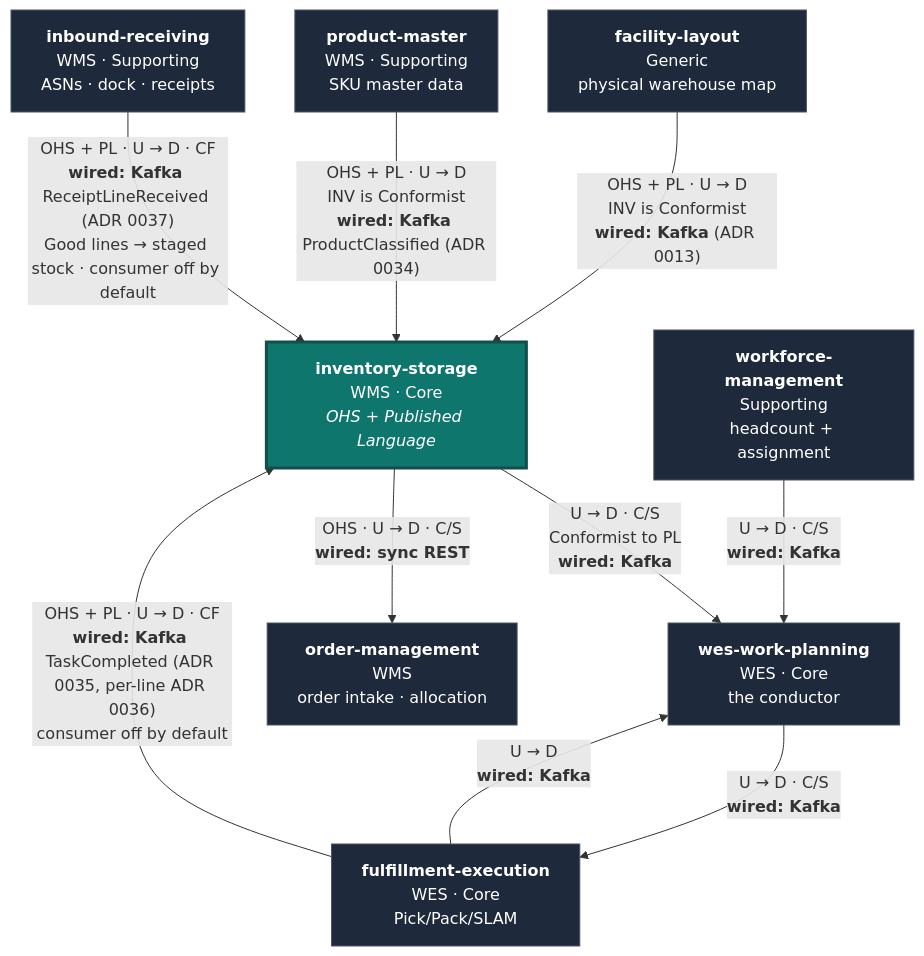
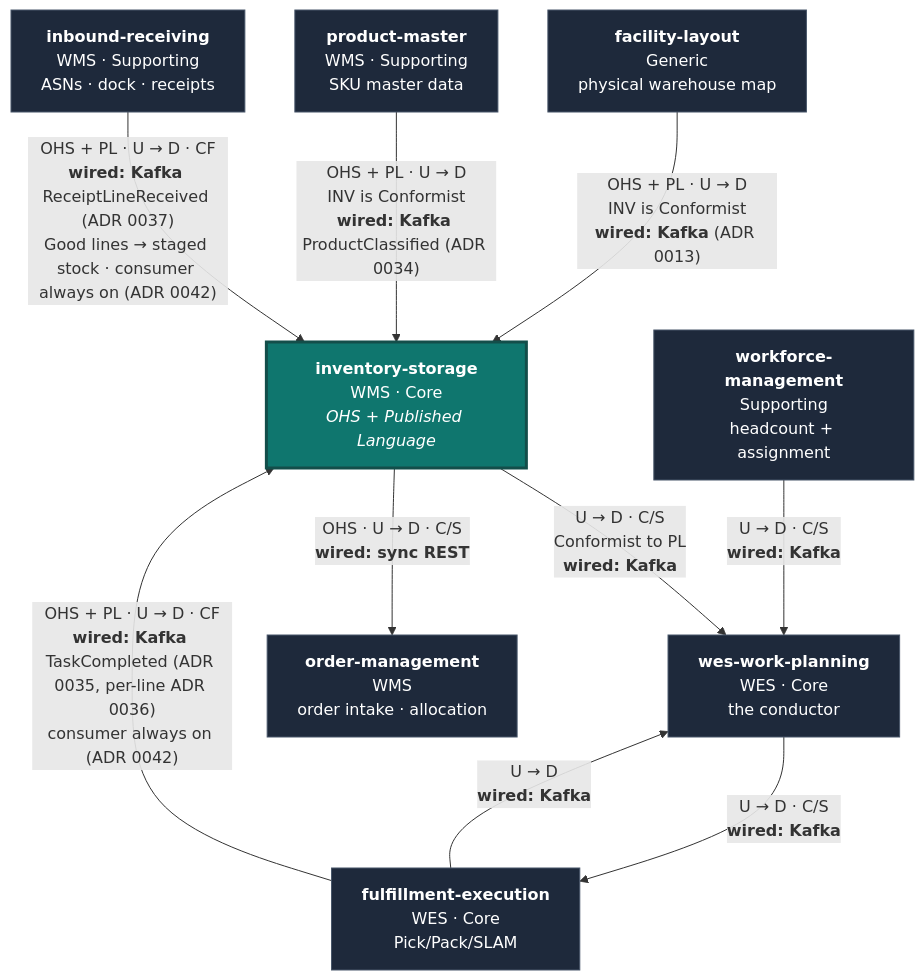
The diagram in docs/docs/ddd/context-relationships.md (IQVO/inventory-storage), drawn with Mermaid before and after one commit. The commit also changed other lines of this file and 9 other files, not shown here.

````diff
--- a/docs/docs/ddd/context-relationships.md
+++ b/docs/docs/ddd/context-relationships.md
@@ -52,27 +52,27 @@
 ```mermaid
 flowchart TB
     INV["<b>inventory-storage</b><br/>WMS · Core<br/><i>OHS + Published Language</i>"]
     WP["<b>wes-work-planning</b><br/>WES · Core<br/>the conductor"]
     FE["<b>fulfillment-execution</b><br/>WES · Core<br/>Pick/Pack/SLAM"]
     WM["<b>workforce-management</b><br/>Supporting<br/>headcount + assignment"]
     FL["<b>facility-layout</b><br/>Generic<br/>physical warehouse map"]
     OM["<b>order-management</b><br/>WMS<br/>order intake · allocation"]
     PM["<b>product-master</b><br/>WMS · Supporting<br/>SKU master data"]
     IR["<b>inbound-receiving</b><br/>WMS · Supporting<br/>ASNs · dock · receipts"]
 
     INV -->|"U → D · C/S<br/>Conformist to PL<br/><b>wired: Kafka</b>"| WP
     WM -->|"U → D · C/S<br/><b>wired: Kafka</b>"| WP
     WP -->|"U → D · C/S<br/><b>wired: Kafka</b>"| FE
     FE -->|"U → D<br/><b>wired: Kafka</b>"| WP
     FL -->|"OHS + PL · U → D<br/>INV is Conformist<br/><b>wired: Kafka</b> (ADR 0013)"| INV
     PM -->|"OHS + PL · U → D<br/>INV is Conformist<br/><b>wired: Kafka</b> ProductClassified (ADR 0034)"| INV
     INV -->|"OHS · U → D · C/S<br/><b>wired: sync REST</b>"| OM
-    FE -->|"OHS + PL · U → D · CF<br/><b>wired: Kafka</b> TaskCompleted (ADR 0035, per-line ADR 0036)<br/>consumer off by default"| INV
-    IR -->|"OHS + PL · U → D · CF<br/><b>wired: Kafka</b> ReceiptLineReceived (ADR 0037)<br/>Good lines → staged stock · consumer off by default"| INV
+    FE -->|"OHS + PL · U → D · CF<br/><b>wired: Kafka</b> TaskCompleted (ADR 0035, per-line ADR 0036)<br/>consumer always on (ADR 0042)"| INV
+    IR -->|"OHS + PL · U → D · CF<br/><b>wired: Kafka</b> ReceiptLineReceived (ADR 0037)<br/>Good lines → staged stock · consumer always on (ADR 0042)"| INV
 
     classDef this fill:#0f766e,stroke:#134e4a,color:#fff,stroke-width:3px;
     classDef other fill:#1e293b,stroke:#475569,color:#fff;
     classDef future fill:#475569,stroke:#94a3b8,color:#e2e8f0,stroke-dasharray: 5 5;
     class INV this;
     class WP,FE,WM,OM,FL,PM,IR other;
 ```
````
